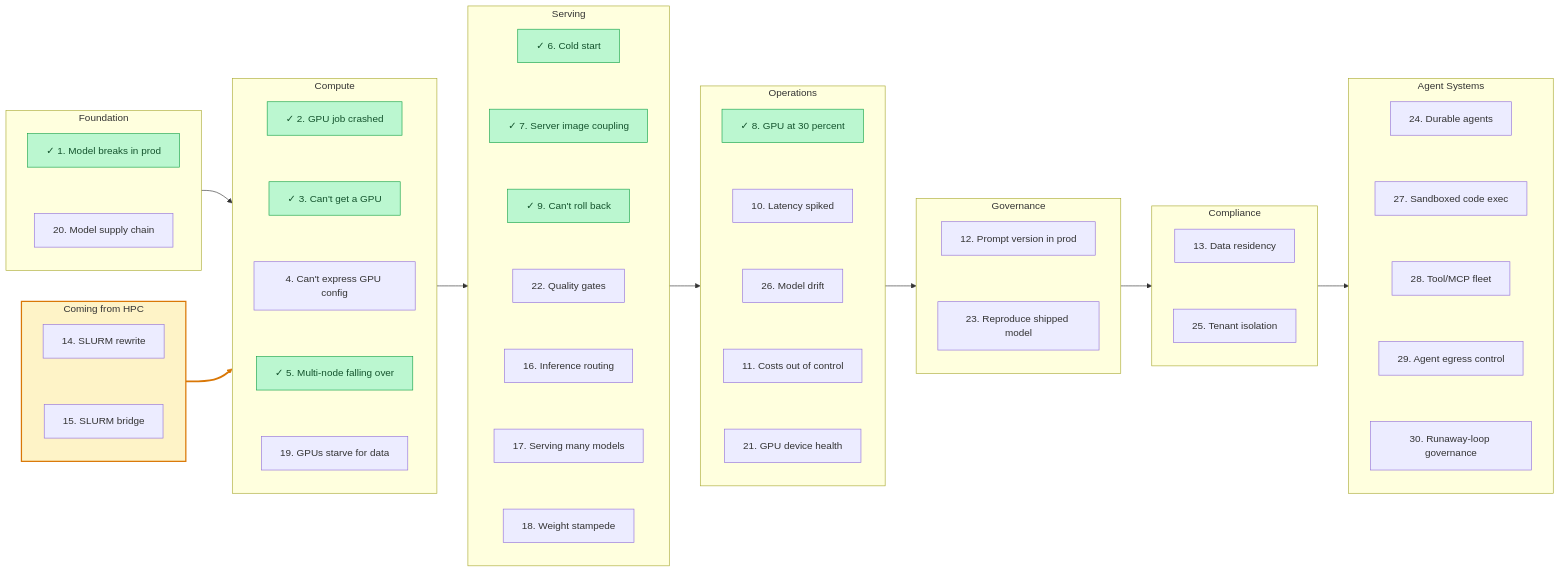
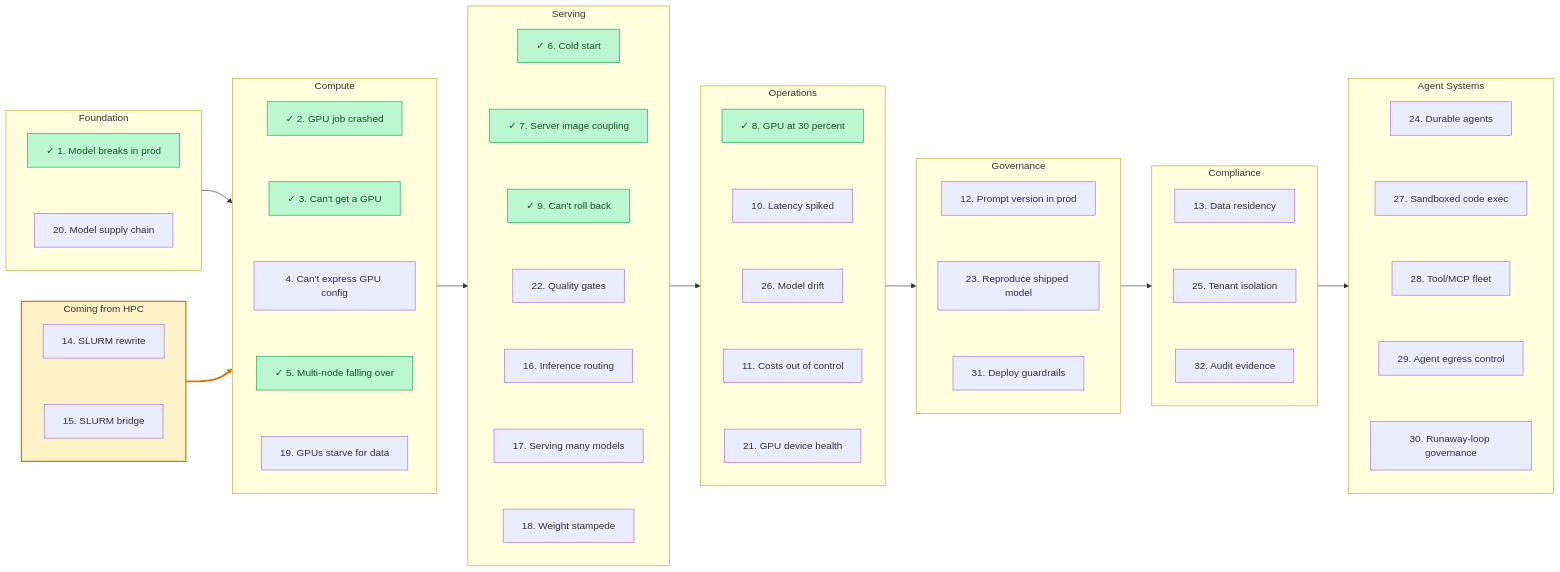
The diagram in README.md (arun-gupta/the-pain-first-way), drawn with Mermaid before and after one commit. The commit also changed 4 other files, not shown here.

First line of the commit message:
Add pains 31-32: deploy guardrails (Governance) and audit evidence (Compliance)

````diff
--- a/README.md
+++ b/README.md
@@ -72,13 +72,17 @@
         direction TB
         N12[12. Prompt version in prod]
         N23[23. Reproduce shipped model]
+        N31[31. Deploy guardrails]
         N12 ~~~ N23
+        N23 ~~~ N31
     end
     subgraph S6[Compliance]
         direction TB
         N13[13. Data residency]
         N25[25. Tenant isolation]
+        N32[32. Audit evidence]
         N13 ~~~ N25
+        N25 ~~~ N32
     end
     subgraph S7[Agent Systems]
         direction TB
@@ -103,7 +107,7 @@
     classDef avail fill:#bbf7d0,stroke:#16a34a,stroke-width:1px,color:#14532d;
     class N1,N2,N3,N5,N6,N7,N8,N9 avail;
     style SHPC fill:#fef3c7,stroke:#d97706,stroke-width:2px;
-    linkStyle 28 stroke:#d97706,stroke-width:3px;
+    linkStyle 30 stroke:#d97706,stroke-width:3px;
     click N1 "https://github.com/arun-gupta/the-pain-first-way/blob/main/pains/01-model-works-locally.md"
     click N2 "https://github.com/arun-gupta/the-pain-first-way/blob/main/pains/02-gpu-job-crashed.md"
     click N3 "https://github.com/arun-gupta/the-pain-first-way/blob/main/pains/03-cant-get-a-gpu.md"
@@ -134,4 +138,6 @@
     click N28 "https://github.com/arun-gupta/the-pain-first-way/blob/main/pains/28-tool-fleet.md"
     click N29 "https://github.com/arun-gupta/the-pain-first-way/blob/main/pains/29-agent-egress.md"
     click N30 "https://github.com/arun-gupta/the-pain-first-way/blob/main/pains/30-runaway-agents.md"
+    click N31 "https://github.com/arun-gupta/the-pain-first-way/blob/main/pains/31-deploy-guardrails.md"
+    click N32 "https://github.com/arun-gupta/the-pain-first-way/blob/main/pains/32-audit-evidence.md"
 ```
````
